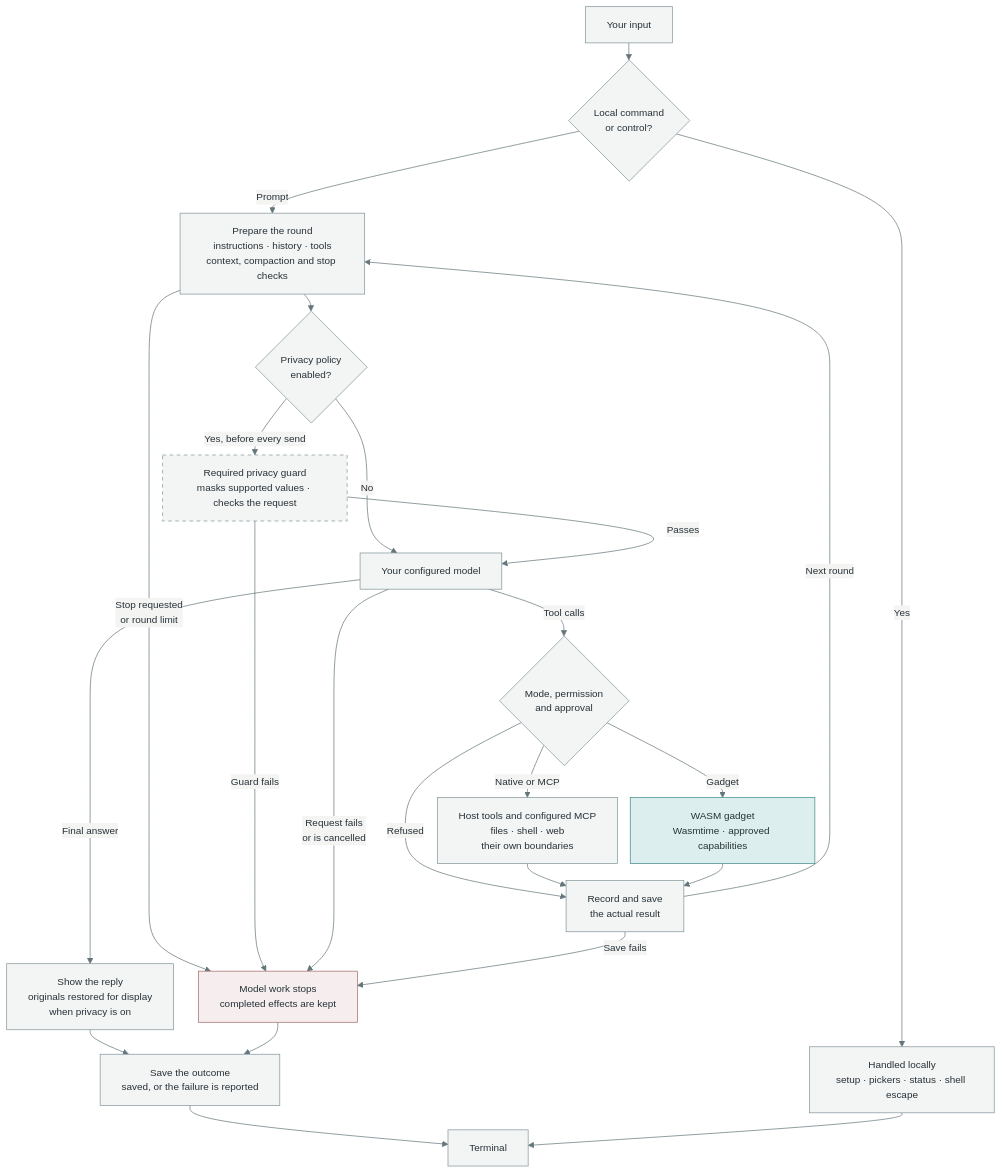
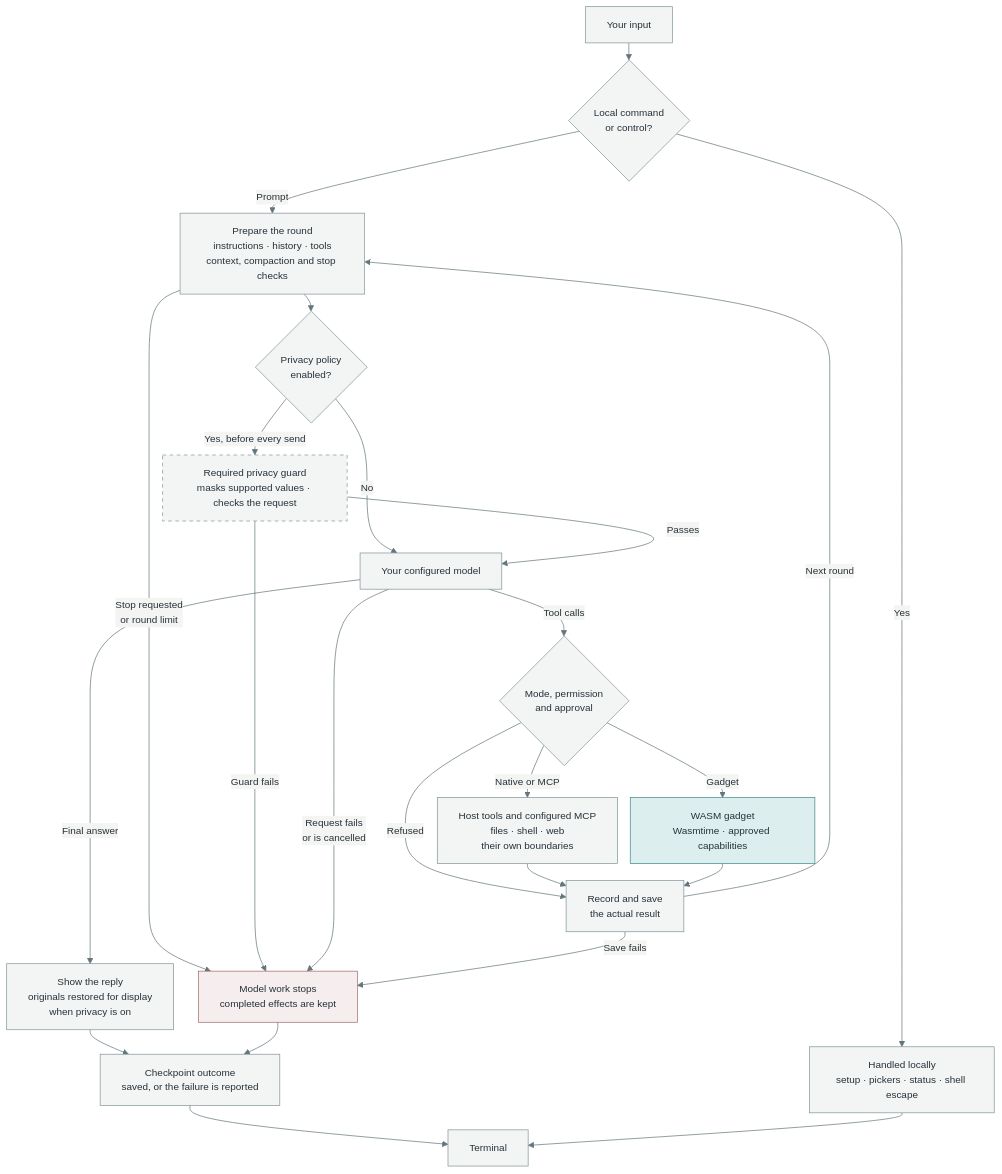
Before and after one commit to kaobei-alabo/craftsman-harness: the diagram in README.md, drawn with Mermaid.

Commit message:
docs: clarify the checkpoint outcome in the request flow
The shared exit node reports the actual checkpoint outcome, including a failed save. Its label does not imply a retry after checkpoint failure.

````diff
--- a/README.md
+++ b/README.md
@@ -70,33 +70,33 @@
 ```mermaid
 %%{init: {"theme":"base","themeVariables":{"primaryColor":"#f3f4f4","primaryTextColor":"#263238","primaryBorderColor":"#82959b","lineColor":"#64767b","fontFamily":"sans-serif","fontSize":"14px"},"flowchart":{"nodeSpacing":18,"rankSpacing":24}}}%%
 flowchart TD
     Q["Your input"] --> R{"Local command<br/>or control?"}
     R -->|Yes| C["Handled locally<br/>setup · pickers · status · shell escape"]
     R -->|Prompt| P["Prepare the round<br/>instructions · history · tools<br/>context, compaction and stop checks"]
     P --> H{"Privacy policy<br/>enabled?"}
     H -->|No| M["Your configured model"]
     H -->|"Yes, before every send"| K["Required privacy guard<br/>masks supported values · checks the request"]
     K -->|Passes| M
     M -->|Tool calls| G{"Mode, permission<br/>and approval"}
     G -->|"Native or MCP"| N["Host tools and configured MCP<br/>files · shell · web<br/>their own boundaries"]
     G -->|Gadget| W["WASM gadget<br/>Wasmtime · approved capabilities"]
     G -->|Refused| T["Record and save<br/>the actual result"]
     N --> T
     W --> T
     T -->|Next round| P
     M -->|Final answer| D["Show the reply<br/>originals restored for display<br/>when privacy is on"]
     P -->|"Stop requested<br/>or round limit"| X["Model work stops<br/>completed effects are kept"]
     K -->|Guard fails| X
     M -->|"Request fails<br/>or is cancelled"| X
     T -->|Save fails| X
-    D --> S["Save the outcome<br/>saved, or the failure is reported"]
+    D --> S["Checkpoint outcome<br/>saved, or the failure is reported"]
     X --> S
     S --> O["Terminal"]
     C --> O
     classDef wasm fill:#dcefee,stroke:#408b8b,color:#263238;
     classDef optional stroke-dasharray: 5 5;
     classDef stop fill:#f6eeee,stroke:#a36a6a,color:#263238;
     class W wasm;
     class K optional;
     class X stop;
 ```
````
